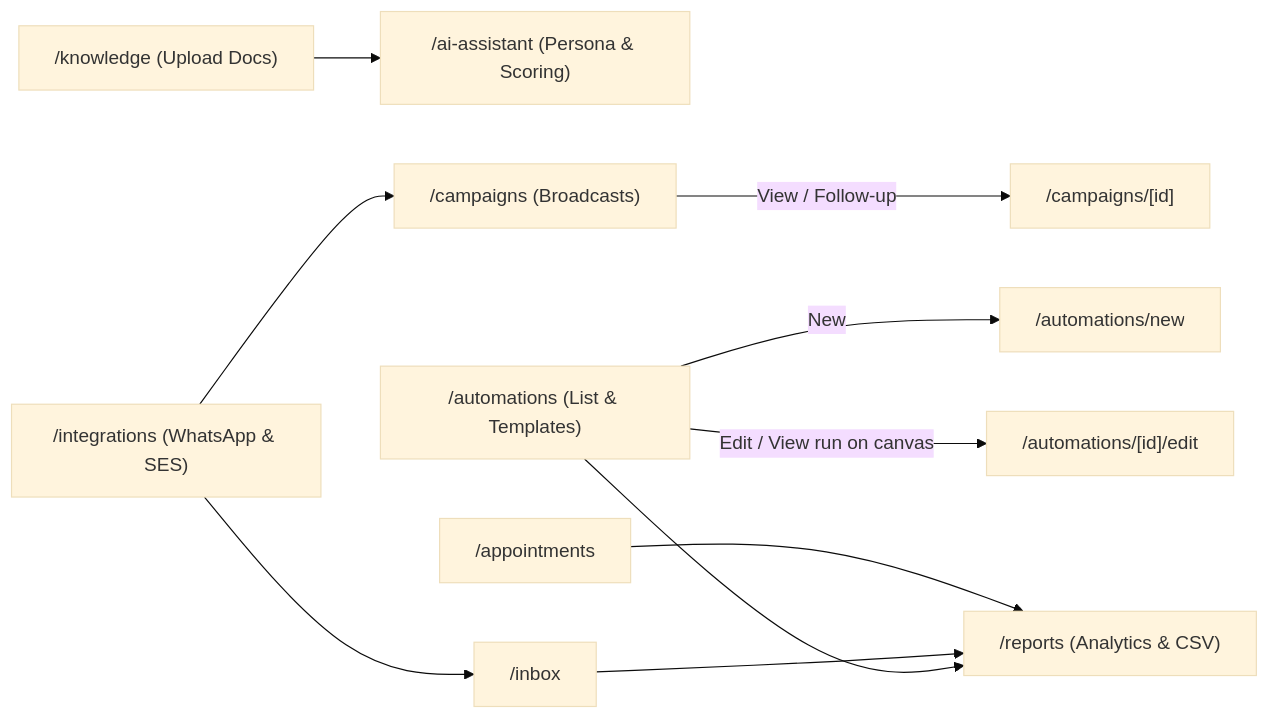
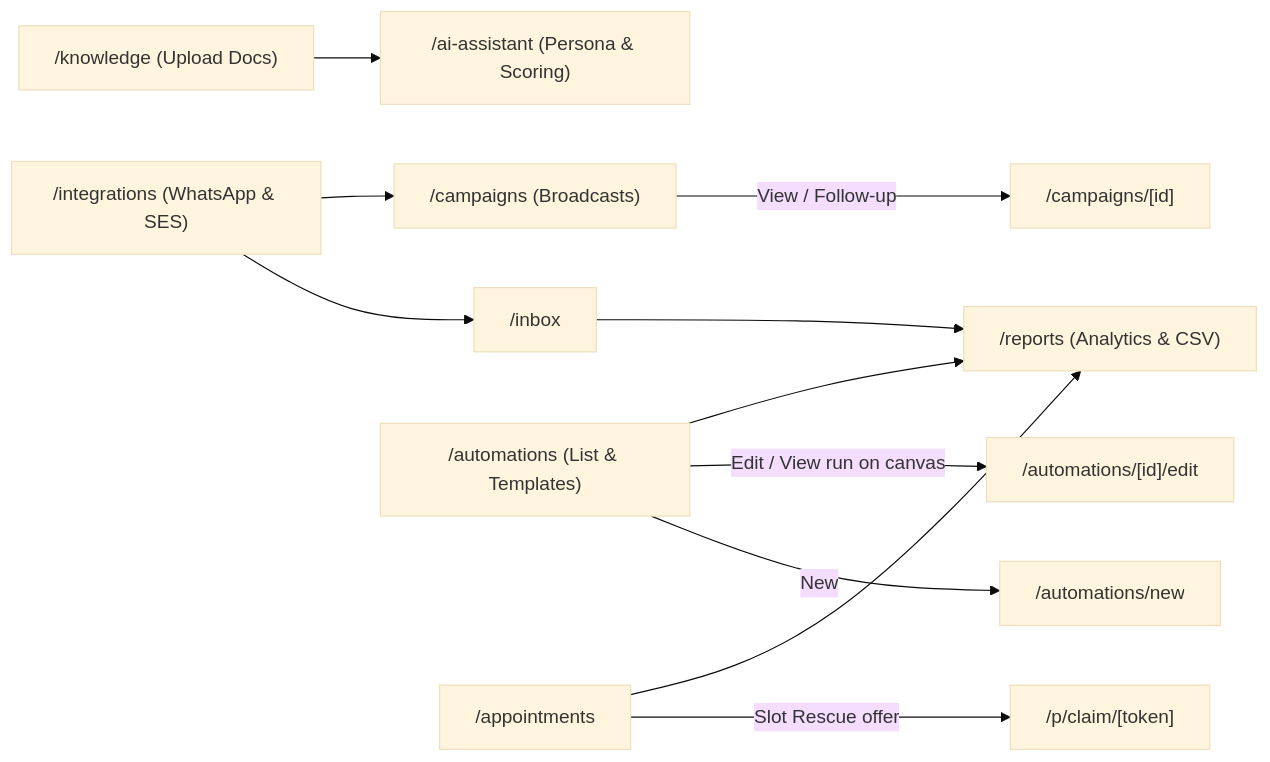
One commit to vikasrana07/ai-leadpilot changed the third of 4 diagrams in docs/screens/README.md. Above: the diagram before and after it, drawn with Mermaid (base theme). The commit also changed other lines of this file and 7 other files, not shown here.

````diff
--- a/docs/screens/README.md
+++ b/docs/screens/README.md
@@ -53,12 +53,13 @@
 ```mermaid
 flowchart LR
   Knowledge["/knowledge (Upload Docs)"] --> AI["/ai-assistant (Persona & Scoring)"]
   Integrations["/integrations (WhatsApp & SES)"] --> Inbox["/inbox"]
   Integrations --> Campaigns["/campaigns (Broadcasts)"]
   Campaigns -->|View / Follow-up| CampaignDetail["/campaigns/[id]"]
   Automations["/automations (List & Templates)"] -->|New| AutoNew["/automations/new"]
   Automations -->|Edit / View run on canvas| AutoEdit["/automations/[id]/edit"]
   Automations --> Reports["/reports (Analytics & CSV)"]
   Inbox --> Reports
+  Appointments["/appointments"] -->|Slot Rescue offer| Claim["/p/claim/[token]"]
   Appointments["/appointments"] --> Reports
 ```
````
